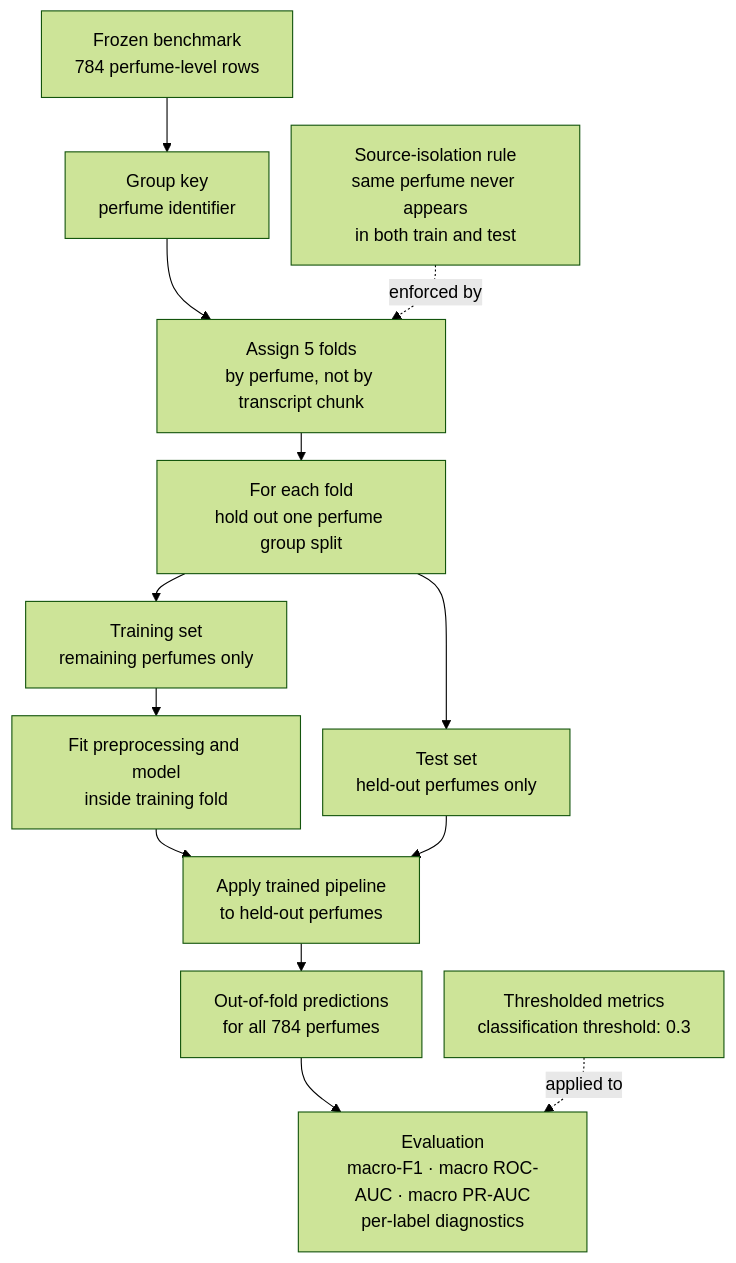
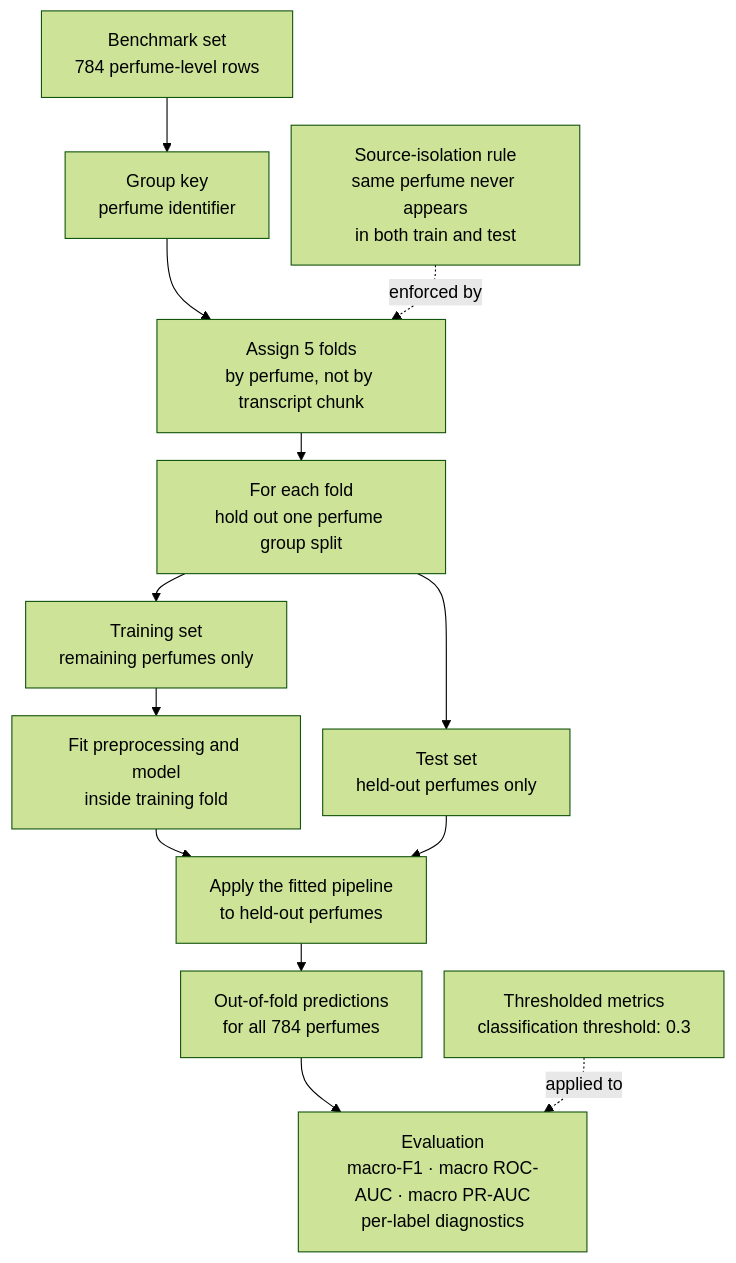
Before and after one commit to ececanga/Sentiment-Analysis-for-Perfume-Reviews: the diagram in docs/diagrams/mermaid/grouped_cross_validation_leakage_control.mmd, drawn with Mermaid (forest theme). The commit also changed 170 other files, not shown here.

```diff
--- a/docs/diagrams/mermaid/grouped_cross_validation_leakage_control.mmd
+++ b/docs/diagrams/mermaid/grouped_cross_validation_leakage_control.mmd
@@ -1,27 +1,27 @@
 ---
 config:
   layout: dagre
   flowchart:
     nodeSpacing: 20
     rankSpacing: 25
 ---
 flowchart TD
-    A["Frozen benchmark<br/>784 perfume-level rows"]
+    A["Benchmark set<br/>784 perfume-level rows"]
     B["Group key<br/>perfume identifier"]
 
     A --> B
     B --> C["Assign 5 folds<br/>by perfume, not by transcript chunk"]
 
     C --> D["For each fold<br/>hold out one perfume group split"]
     D --> E["Training set<br/>remaining perfumes only"]
     D --> F["Test set<br/>held-out perfumes only"]
 
     E --> G["Fit preprocessing and model<br/>inside training fold"]
-    G --> H["Apply trained pipeline<br/>to held-out perfumes"]
+    G --> H["Apply the fitted pipeline<br/>to held-out perfumes"]
     F --> H
 
     H --> I["Out-of-fold predictions<br/>for all 784 perfumes"]
     I --> J["Evaluation<br/>macro-F1 · macro ROC-AUC · macro PR-AUC<br/>per-label diagnostics"]
 
     K["Source-isolation rule<br/>same perfume never appears<br/>in both train and test"] -. enforced by .-> C
     L["Thresholded metrics<br/>classification threshold: 0.3"] -. applied to .-> J
```
